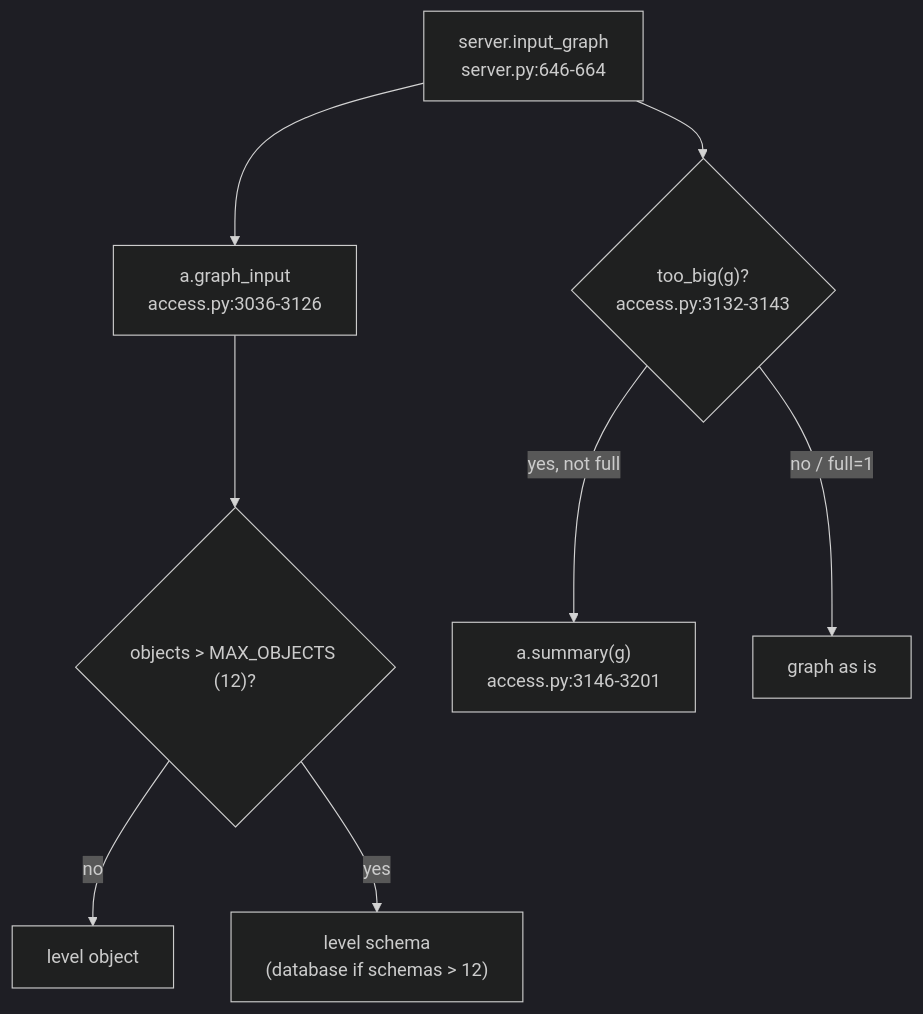
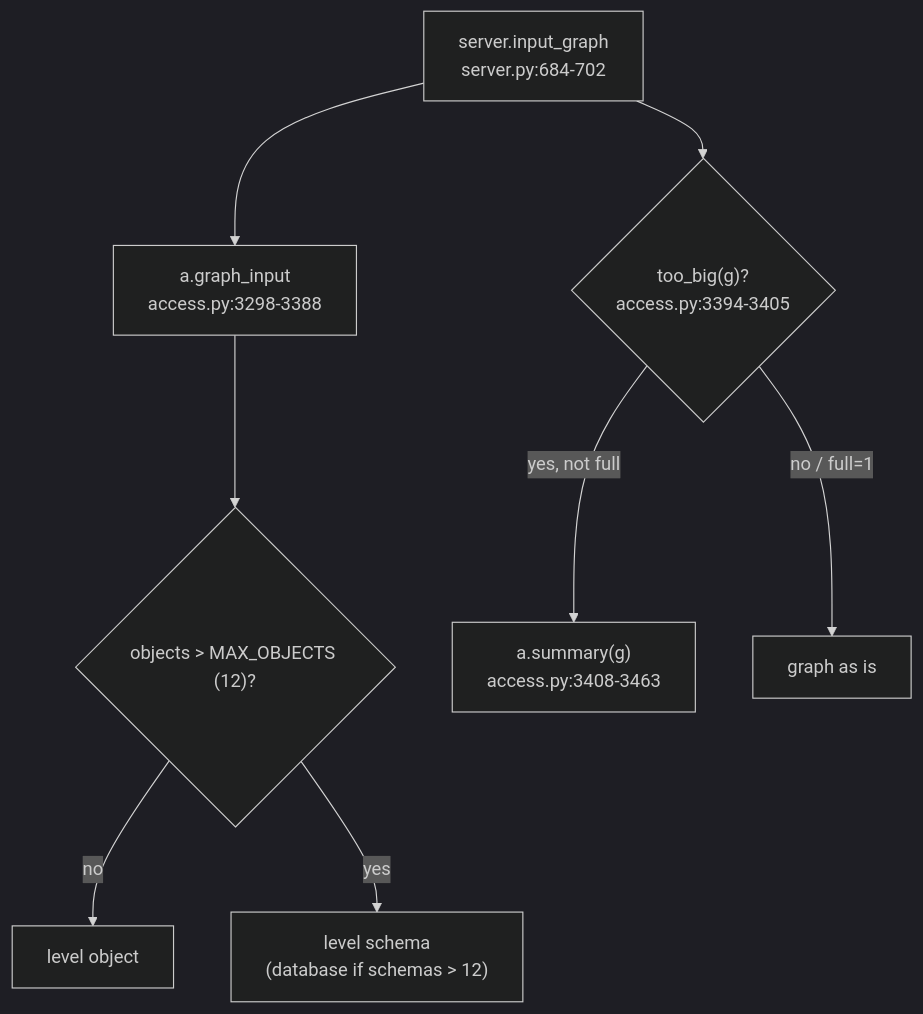
Before and after one commit to darshanmeel/snowflake-access-explorer: the diagram in snowflake-access-explorer-knowledge-graph/logic/graph-input.md, drawn with Mermaid (dark theme). The commit also changed other lines of this file and 79 other files, not shown here.

Commit message:
Knowledge graph: STATEMENT_TIMEOUT, WORKERS, ACTIVITY, HIERARCHY, progress lines, shared ACCESS_HISTORY read, procedure batching; node lines re-synced

````diff
--- a/snowflake-access-explorer-knowledge-graph/logic/graph-input.md
+++ b/snowflake-access-explorer-knowledge-graph/logic/graph-input.md
@@ -6,10 +6,10 @@
 ```mermaid
 flowchart TD
-  IG["server.input_graph<br/>server.py:646-664"] --> GI["a.graph_input<br/>access.py:3036-3126"]
+  IG["server.input_graph<br/>server.py:684-702"] --> GI["a.graph_input<br/>access.py:3298-3388"]
   GI --> LV{"objects > MAX_OBJECTS (12)?"}
   LV -- no --> OBJ[level object]
   LV -- yes --> SC["level schema<br/>(database if schemas > 12)"]
-  IG --> TB{"too_big(g)?<br/>access.py:3132-3143"}
-  TB -- "yes, not full" --> SU["a.summary(g)<br/>access.py:3146-3201"]
+  IG --> TB{"too_big(g)?<br/>access.py:3394-3405"}
+  TB -- "yes, not full" --> SU["a.summary(g)<br/>access.py:3408-3463"]
   TB -- "no / full=1" --> RAW[graph as is]
 ```
````
